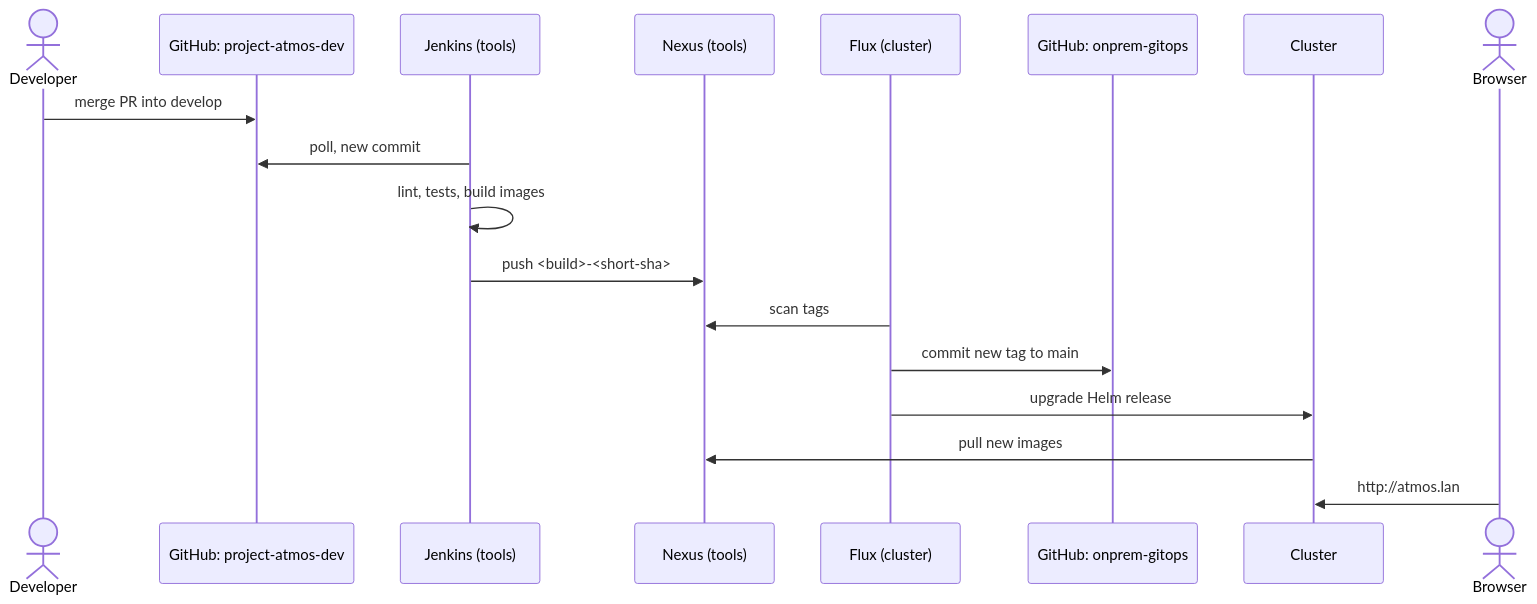
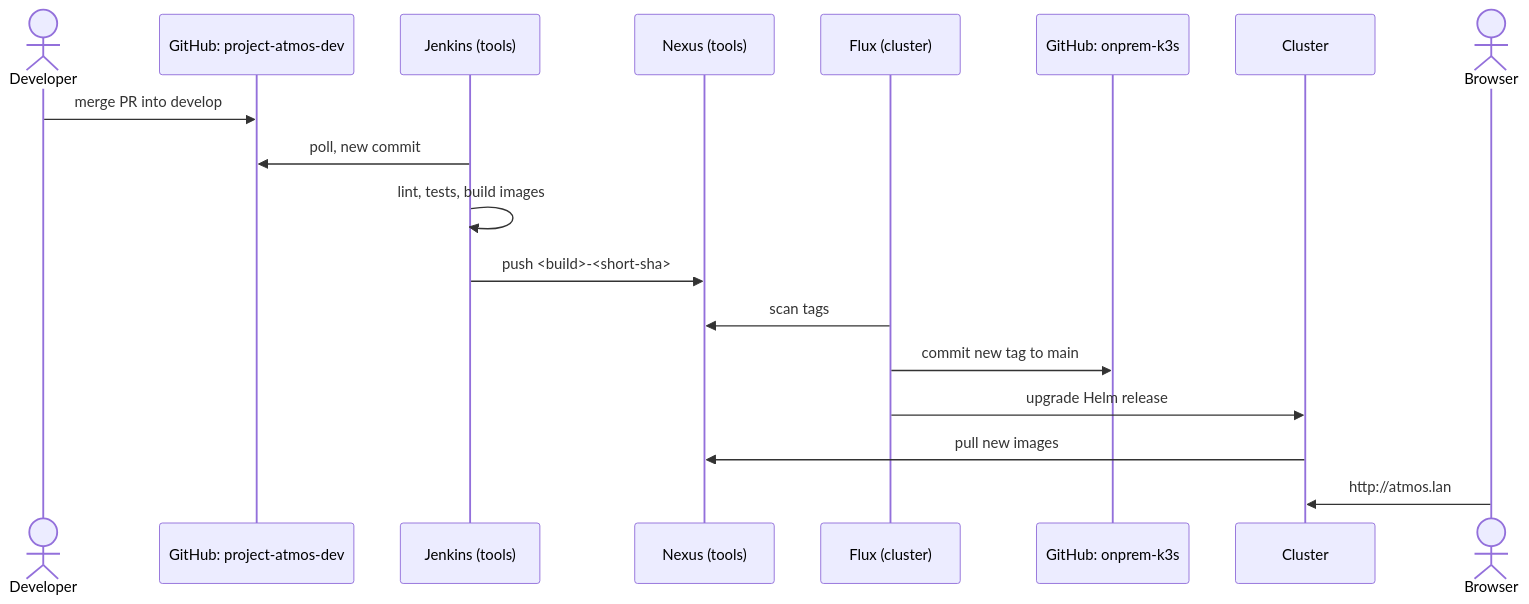
One commit to Kernel-Club/atmos-dev changed the third of 3 diagrams in docs/on-premise/architecture.md. Above: the diagram before and after it, drawn with Mermaid. The commit also changed other lines of this file and 6 other files, not shown here.

Commit message:
docs(on-premise): rename repositories and fix architecture logic after review

````diff
--- a/docs/on-premise/architecture.md
+++ b/docs/on-premise/architecture.md
@@ -244,21 +263,21 @@
 ```mermaid
 sequenceDiagram
     actor Dev as Developer
     participant App as GitHub: project-atmos-dev
     participant J as Jenkins (tools)
     participant N as Nexus (tools)
     participant F as Flux (cluster)
-    participant G as GitHub: onprem-gitops
+    participant G as GitHub: onprem-k3s
     participant K as Cluster
     actor U as Browser
 
     Dev->>App: merge PR into develop
     J->>App: poll, new commit
     J->>J: lint, tests, build images
     J->>N: push <build>-<short-sha>
     F->>N: scan tags
     F->>G: commit new tag to main
     F->>K: upgrade Helm release
     K->>N: pull new images
     U->>K: http://atmos.lan
 ```
````
